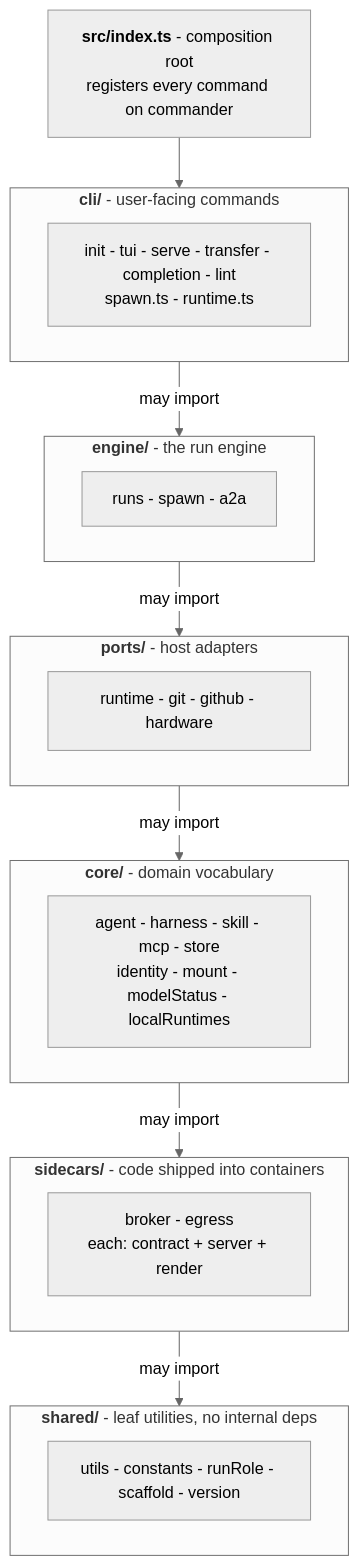
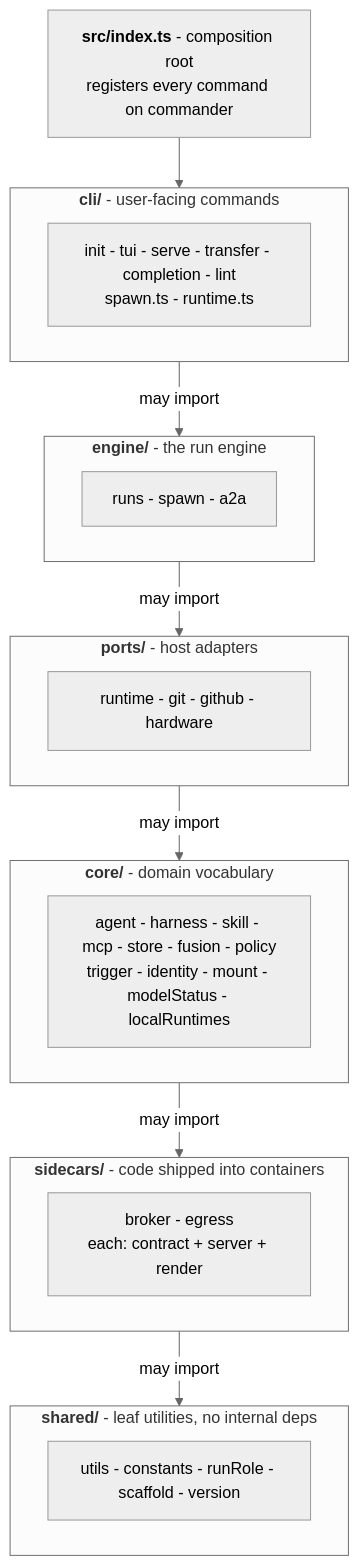
One commit to BelphegorPrime/e changed the third of 4 diagrams in README.md. Above: the diagram before and after it, drawn with Mermaid (neutral theme). The commit also changed other lines of this file and 34 other files, not shown here.

First line of the commit message:
feat(security): provider policy, fusion redaction, threat model

````diff
--- a/README.md
+++ b/README.md
@@ -306,30 +306,30 @@
 ```mermaid
 flowchart TB
     root["<b>src/index.ts</b> - composition root<br/>registers every command on commander"]
 
     subgraph cli["<b>cli/</b> - user-facing commands"]
         cliM["init - tui - serve - transfer - completion - lint<br/>spawn.ts - runtime.ts"]
     end
     subgraph engine["<b>engine/</b> - the run engine"]
         engM["runs - spawn - a2a"]
     end
     subgraph ports["<b>ports/</b> - host adapters"]
         portM["runtime - git - github - hardware"]
     end
     subgraph core["<b>core/</b> - domain vocabulary"]
-        coreM["agent - harness - skill - mcp - store<br/>identity - mount - modelStatus - localRuntimes"]
+        coreM["agent - harness - skill - mcp - store - fusion - policy<br/>trigger - identity - mount - modelStatus - localRuntimes"]
     end
     subgraph sidecars["<b>sidecars/</b> - code shipped into containers"]
         sideM["broker - egress<br/>each: contract + server + render"]
     end
     subgraph shared["<b>shared/</b> - leaf utilities, no internal deps"]
         shM["utils - constants - runRole - scaffold - version"]
     end
 
     root --> cli
     cli -->|may import| engine
     engine -->|may import| ports
     ports -->|may import| core
     core -->|may import| sidecars
     sidecars -->|may import| shared
 ```
````
